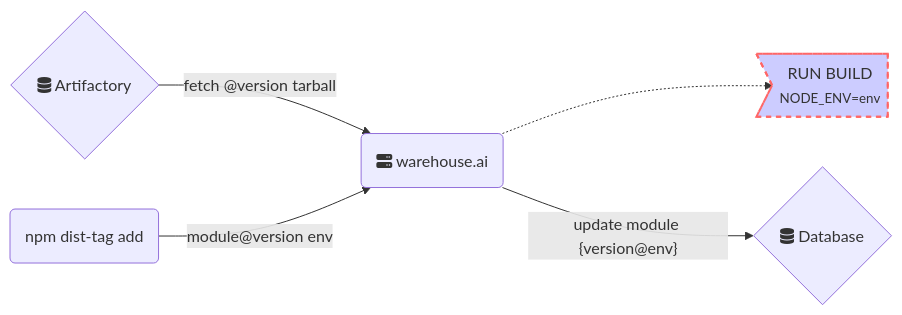
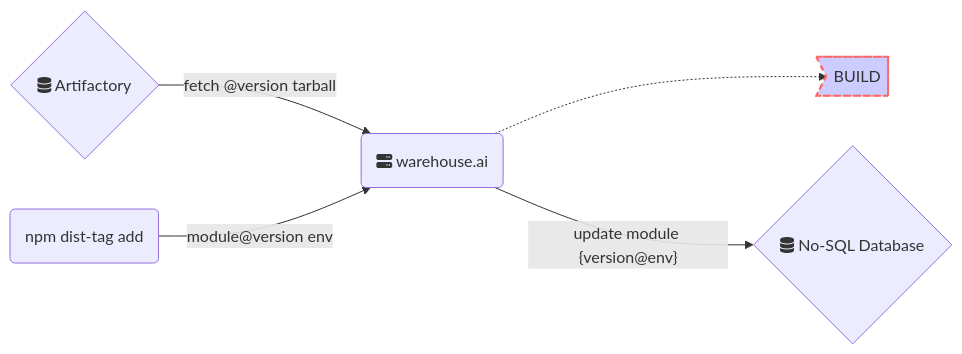
Before and after one commit to godaddy/warehouse.ai: the diagram in assets/diagrams/promote.mmd, drawn with Mermaid. The commit also changed 8 other files, not shown here.

Commit message:
[minor] use unpkg, catch errors and clean up chart syntax

```diff
--- a/assets/diagrams/promote.mmd
+++ b/assets/diagrams/promote.mmd
@@ -1,6 +1,13 @@
 graph LR
-B -.-> build>RUN BUILD<br><small>NODE_ENV=env</small>]
-B --> |"update module {version@env}"| C{fa:fa-database Database}
-G{fa:fa-database Artifactory} --> |"fetch @version tarball"| B
-A(npm dist-tag add) -->|"module@version env"| B(fa:fa-server warehouse.ai)
-style build fill:#ccf,stroke:#f66,stroke-width:2px,stroke-dasharray: 5, 5
+A(npm dist-tag add)
+B(fa:fa-server warehouse.ai)
+C{fa:fa-database No-SQL Database}
+D{fa:fa-database Artifactory}
+E>BUILD]
+
+B -.-> E
+B --> |"update module {version@env}"| C
+D --> |"fetch @version tarball"| B
+A -->|"module@version env"| B
+
+style E fill:#ccf,stroke:#f66,stroke-width:2px,stroke-dasharray: 5, 5
```
